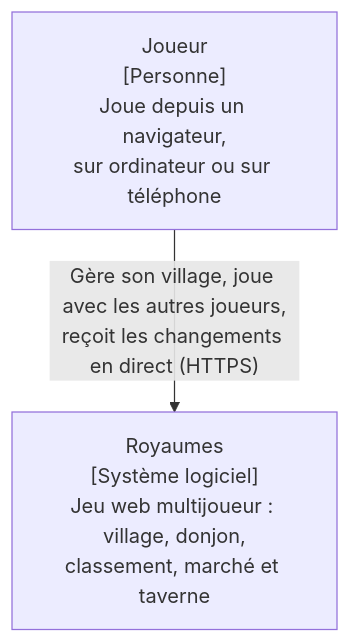
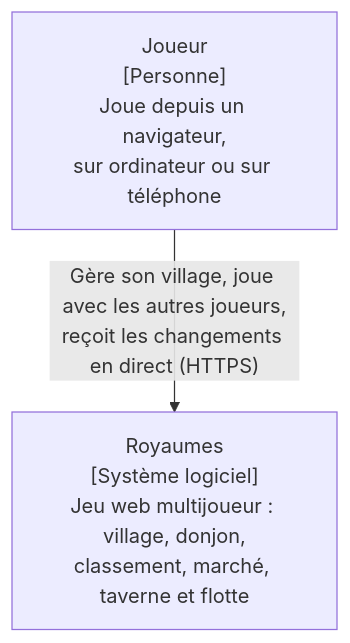
Before and after one commit to Swixos/royaumes: the first of 6 diagrams in docs/architecture.md, drawn with Mermaid. The commit also changed other lines of this file, not shown here.

Commit message:
docs(architecture): describe the fleet module and its raid sequence

````diff
--- a/docs/architecture.md
+++ b/docs/architecture.md
@@ -12,6 +12,6 @@
 ```mermaid
 flowchart TB
   joueur["Joueur<br/>[Personne]<br/>Joue depuis un navigateur,<br/>sur ordinateur ou sur téléphone"]
-  royaumes["Royaumes<br/>[Système logiciel]<br/>Jeu web multijoueur : village, donjon,<br/>classement, marché et taverne"]
+  royaumes["Royaumes<br/>[Système logiciel]<br/>Jeu web multijoueur : village, donjon,<br/>classement, marché, taverne et flotte"]
   joueur -->|"Gère son village, joue avec les autres joueurs,<br/>reçoit les changements en direct (HTTPS)"| royaumes
 ```
````
